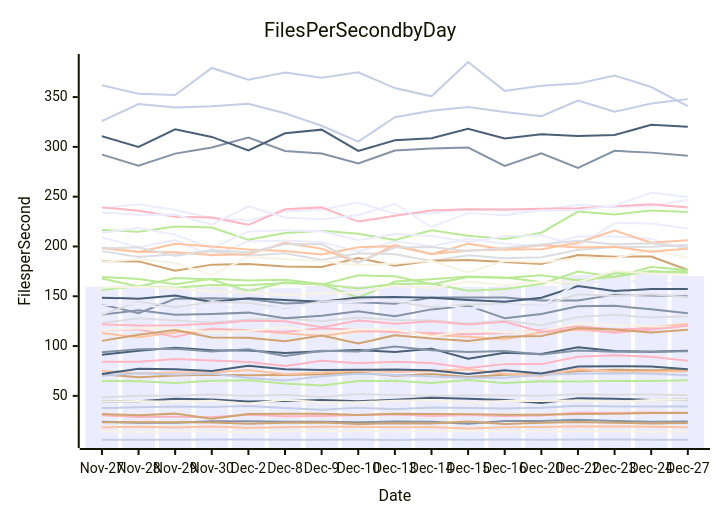
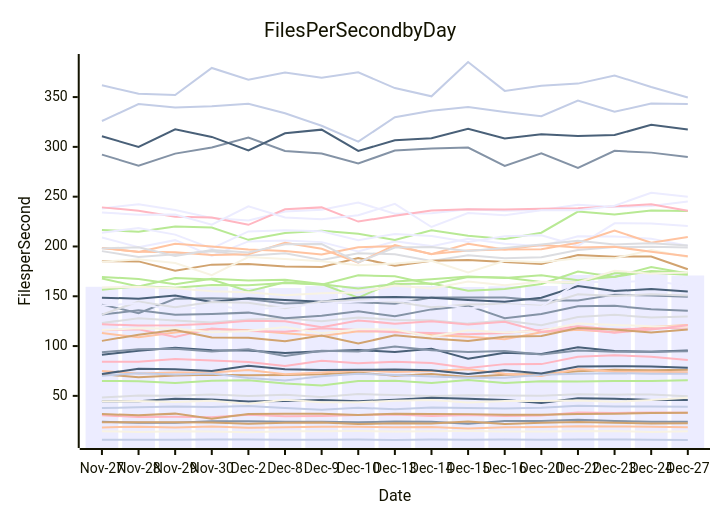
Before and after one commit to streetsidesoftware/cspell: the diagram in perf-report.md, drawn with Mermaid. The commit also changed other lines of this file and 1 other file, not shown here.

````diff
--- a/perf-report.md
+++ b/perf-report.md
@@ -11,57 +11,57 @@
 ```mermaid
 xychart-beta
     title Files Per Second by Day
     y-axis Files per Second
     x-axis Date [Nov-27, Nov-28, Nov-29, Nov-30, Dec-2, Dec-8, Dec-9, Dec-10, Dec-13, Dec-14, Dec-15, Dec-16, Dec-20, Dec-22, Dec-23, Dec-24, Dec-27]
-    bar [159.51, 160.85, 158.58, 159.25, 158.41, 158.24, 160.26, 160.13, 162.46, 160.30, 159.32, 159.99, 160.32, 171.41, 173.30, 173.54, 170.31]
-    line [24.00, 22.97, 23.09, 24.60, 24.46, 23.99, 23.97, 23.56, 24.27, 23.97, 21.89, 24.77, 24.75, 25.98, 24.78, 24.02, 24.36]
-    line [113.07, 108.78, 113.61, 117.05, 115.87, 112.86, 110.11, 114.79, 114.58, 111.22, 109.33, 106.79, 113.91, 116.30, 113.89, 119.27, 122.17]
-    line [48.42, 50.26, 50.21, 51.36, 49.95, 51.18, 48.94, 51.93, 50.78, 49.91, 50.66, 50.34, 50.02, 51.61, 51.21, 51.38, 50.63]
-    line [64.96, 64.67, 62.90, 65.22, 65.65, 62.39, 60.36, 64.84, 65.11, 62.93, 65.98, 63.02, 64.70, 64.39, 64.92, 64.92, 65.70]
-    line [23.51, 23.57, 23.50, 23.32, 21.90, 22.93, 23.26, 21.71, 22.48, 22.26, 24.16, 21.86, 22.99, 23.86, 22.95, 22.15, 22.72]
-    line [6.03, 5.90, 6.01, 6.16, 6.12, 6.00, 6.03, 6.11, 5.69, 6.12, 5.85, 6.27, 5.94, 6.19, 6.23, 6.06, 5.90]
-    line [115.76, 116.91, 109.21, 117.71, 115.04, 114.43, 117.93, 116.17, 113.85, 113.19, 111.86, 113.23, 116.22, 119.95, 116.76, 117.75, 119.66]
-    line [44.62, 44.61, 47.22, 46.33, 44.42, 44.87, 45.90, 44.67, 46.00, 48.05, 47.07, 45.85, 42.75, 47.52, 47.21, 45.81, 46.16]
-    line [116.19, 117.82, 117.56, 113.82, 115.04, 119.17, 112.82, 116.99, 116.61, 109.61, 115.93, 113.66, 115.36, 122.68, 121.26, 119.81, 118.83]
-    line [238.24, 242.33, 236.55, 228.65, 226.03, 235.13, 236.77, 244.11, 232.83, 233.41, 237.39, 235.87, 236.73, 241.85, 239.59, 240.67, 246.92]
-    line [141.63, 133.10, 147.45, 147.90, 147.19, 142.70, 144.08, 143.97, 142.44, 148.72, 148.74, 148.66, 145.81, 145.83, 151.65, 150.82, 149.94]
-    line [18.32, 19.02, 18.13, 19.36, 18.09, 18.49, 18.92, 19.04, 18.41, 18.71, 17.35, 18.44, 18.66, 19.39, 19.24, 18.95, 18.52]
-    line [123.12, 128.04, 125.68, 123.73, 126.68, 128.02, 124.91, 128.75, 126.25, 125.99, 122.54, 125.77, 120.95, 129.07, 131.35, 128.71, 129.92]
-    line [169.37, 167.40, 162.13, 167.55, 165.94, 166.49, 162.27, 148.64, 164.74, 167.10, 169.90, 168.25, 171.20, 165.98, 169.49, 175.43, 173.28]
-    line [71.80, 68.80, 70.33, 71.28, 70.66, 70.99, 71.64, 73.38, 70.10, 71.99, 68.96, 71.11, 72.00, 74.62, 76.21, 75.66, 75.95]
-    line [325.97, 342.99, 339.55, 340.91, 343.35, 333.69, 321.17, 305.21, 329.78, 336.28, 339.96, 335.03, 330.81, 346.52, 335.23, 343.48, 347.95]
-    line [121.82, 120.62, 120.89, 122.51, 125.41, 124.96, 118.90, 125.77, 122.50, 124.97, 121.63, 124.44, 114.40, 117.66, 113.42, 116.57, 120.49]
-    line [91.22, 95.22, 98.38, 95.87, 95.57, 93.03, 94.71, 95.93, 94.05, 97.42, 87.40, 93.20, 92.02, 98.77, 95.06, 94.41, 95.18]
-    line [44.50, 44.73, 43.85, 45.20, 42.00, 46.02, 43.67, 43.68, 45.02, 45.75, 43.43, 44.94, 44.85, 45.35, 43.98, 45.75, 46.10]
-    line [208.99, 199.30, 206.34, 190.41, 205.06, 206.03, 204.37, 194.91, 205.14, 200.36, 207.64, 202.85, 200.31, 210.29, 210.04, 207.76, 196.15]
-    line [292.24, 281.16, 293.25, 299.40, 309.39, 295.84, 293.27, 283.38, 296.25, 298.40, 299.27, 280.90, 293.45, 278.89, 296.00, 294.23, 291.07]
-    line [74.97, 72.54, 73.38, 73.35, 76.02, 71.59, 73.55, 75.54, 73.95, 75.07, 76.77, 72.26, 69.84, 77.03, 74.27, 74.27, 74.81]
-    line [195.34, 189.35, 192.30, 195.25, 190.71, 193.15, 186.55, 193.19, 192.23, 185.43, 191.26, 188.26, 189.10, 196.56, 199.42, 199.83, 201.51]
-    line [216.64, 214.89, 220.14, 219.09, 206.67, 213.42, 215.72, 212.77, 206.57, 216.35, 210.81, 207.51, 213.81, 235.09, 232.12, 236.13, 234.57]
-    line [185.12, 185.03, 175.76, 181.77, 182.47, 179.95, 179.31, 188.38, 180.77, 185.77, 186.35, 184.33, 182.33, 191.53, 189.75, 189.98, 176.40]
-    line [70.29, 72.76, 71.50, 72.49, 68.01, 65.32, 69.78, 72.32, 70.99, 69.49, 68.20, 68.29, 71.18, 72.28, 72.81, 72.16, 70.65]
-    line [30.48, 28.76, 28.98, 28.47, 31.13, 29.50, 29.81, 30.70, 31.34, 29.78, 30.86, 29.89, 30.20, 33.22, 32.90, 33.40, 32.94]
-    line [148.61, 147.55, 150.86, 144.17, 148.12, 146.38, 144.41, 148.76, 149.26, 148.44, 146.25, 144.57, 148.51, 160.26, 155.20, 157.30, 157.27]
-    line [184.73, 187.07, 183.30, 171.17, 189.43, 187.46, 185.27, 181.05, 182.93, 185.74, 173.94, 185.68, 184.19, 188.28, 188.11, 196.54, 188.73]
-    line [213.89, 218.50, 211.90, 198.01, 215.07, 216.21, 215.29, 206.31, 212.61, 210.51, 204.56, 210.18, 211.34, 200.66, 223.22, 223.16, 217.77]
-    line [131.60, 135.88, 131.34, 132.15, 133.58, 127.82, 130.48, 134.87, 129.94, 136.83, 140.59, 128.00, 132.13, 140.04, 140.36, 136.98, 132.94]
-    line [198.52, 194.49, 202.79, 200.07, 197.01, 195.46, 191.88, 199.25, 200.18, 192.55, 195.85, 196.96, 197.31, 203.68, 215.88, 203.82, 206.22]
-    line [131.52, 144.79, 139.07, 144.20, 143.55, 138.09, 144.82, 146.07, 144.49, 139.02, 141.78, 142.36, 140.50, 151.95, 150.33, 152.02, 149.02]
-    line [167.76, 159.74, 168.29, 166.84, 155.06, 164.08, 161.66, 171.02, 169.99, 161.97, 169.28, 168.79, 164.45, 163.90, 173.08, 173.52, 175.70]
-    line [31.68, 30.55, 32.17, 27.01, 31.76, 31.99, 31.99, 30.84, 32.08, 31.89, 31.67, 31.01, 31.00, 31.79, 31.95, 32.72, 32.89]
-    line [37.74, 38.63, 39.45, 38.80, 39.93, 37.87, 36.13, 38.10, 36.47, 38.38, 37.81, 37.32, 38.13, 39.99, 39.24, 39.22, 39.21]
-    line [239.26, 235.89, 229.81, 229.18, 221.75, 237.38, 239.25, 224.99, 230.85, 236.16, 237.46, 237.06, 237.81, 238.36, 240.26, 242.42, 239.06]
-    line [72.02, 77.23, 76.76, 75.06, 80.27, 76.65, 75.94, 76.12, 76.57, 75.62, 71.86, 75.70, 72.52, 79.52, 79.75, 79.57, 76.73]
-    line [14.49, 13.79, 14.45, 14.21, 13.55, 14.37, 14.53, 14.61, 14.25, 14.42, 14.66, 14.20, 14.14, 14.58, 14.66, 13.81, 14.15]
-    line [234.04, 231.90, 232.03, 221.81, 240.23, 229.14, 227.27, 231.37, 242.80, 219.56, 233.62, 231.32, 236.32, 236.26, 240.94, 253.96, 249.59]
-    line [93.91, 96.71, 97.20, 94.57, 96.80, 90.09, 95.39, 94.62, 99.56, 95.79, 93.99, 95.03, 91.66, 95.50, 94.32, 94.29, 94.88]
-    line [198.49, 194.68, 194.09, 191.43, 192.21, 203.69, 197.75, 183.65, 201.42, 192.31, 202.71, 196.90, 201.49, 199.06, 199.67, 194.62, 198.03]
-    line [198.09, 199.18, 190.53, 196.53, 193.86, 202.32, 202.37, 184.12, 199.02, 199.50, 195.58, 198.56, 202.04, 205.76, 202.04, 203.32, 199.23]
-    line [156.54, 160.15, 158.52, 161.43, 161.03, 163.37, 162.01, 157.69, 162.41, 162.92, 155.61, 157.24, 162.25, 174.81, 169.46, 179.44, 176.39]
-    line [105.21, 111.47, 116.12, 108.62, 108.44, 104.81, 110.68, 102.65, 110.81, 107.51, 105.11, 109.29, 110.23, 118.20, 116.66, 113.51, 116.41]
-    line [361.78, 353.39, 352.03, 379.23, 367.49, 374.69, 369.34, 374.83, 359.05, 350.76, 385.22, 356.23, 361.41, 363.52, 371.74, 360.07, 340.89]
-    line [84.38, 84.35, 87.05, 85.49, 84.05, 80.02, 85.30, 82.71, 84.32, 82.91, 77.95, 81.87, 81.89, 89.30, 90.84, 89.17, 85.21]
-    line [310.59, 299.95, 317.57, 310.02, 296.47, 313.58, 317.30, 295.96, 306.54, 308.67, 318.29, 308.47, 312.68, 311.01, 311.87, 322.19, 320.23]
-    line [158.69, 159.56, 158.17, 155.13, 153.99, 150.95, 152.99, 153.72, 160.91, 157.90, 164.74, 161.04, 164.69, 164.20, 175.57, 172.74, 171.66]
-    line [140.67, 142.96, 135.37, 140.89, 136.51, 139.19, 142.56, 144.70, 146.06, 142.91, 137.61, 141.27, 139.39, 164.22, 164.25, 165.65, 160.20]
+    bar [159.51, 160.85, 158.58, 159.25, 158.41, 158.24, 160.26, 160.13, 162.46, 160.30, 159.32, 159.99, 160.32, 171.41, 173.30, 173.54, 170.88]
+    line [24.00, 22.97, 23.09, 24.60, 24.46, 23.99, 23.97, 23.56, 24.27, 23.97, 21.89, 24.77, 24.75, 25.98, 24.78, 24.02, 24.07]
+    line [113.07, 108.78, 113.61, 117.05, 115.87, 112.86, 110.11, 114.79, 114.58, 111.22, 109.33, 106.79, 113.91, 116.30, 113.89, 119.27, 121.25]
+    line [48.42, 50.26, 50.21, 51.36, 49.95, 51.18, 48.94, 51.93, 50.78, 49.91, 50.66, 50.34, 50.02, 51.61, 51.21, 51.38, 49.64]
+    line [64.96, 64.67, 62.90, 65.22, 65.65, 62.39, 60.36, 64.84, 65.11, 62.93, 65.98, 63.02, 64.70, 64.39, 64.92, 64.92, 65.76]
+    line [23.51, 23.57, 23.50, 23.32, 21.90, 22.93, 23.26, 21.71, 22.48, 22.26, 24.16, 21.86, 22.99, 23.86, 22.95, 22.15, 22.59]
+    line [6.03, 5.90, 6.01, 6.16, 6.12, 6.00, 6.03, 6.11, 5.69, 6.12, 5.85, 6.27, 5.94, 6.19, 6.23, 6.06, 5.80]
+    line [115.76, 116.91, 109.21, 117.71, 115.04, 114.43, 117.93, 116.17, 113.85, 113.19, 111.86, 113.23, 116.22, 119.95, 116.76, 117.75, 118.71]
+    line [44.62, 44.61, 47.22, 46.33, 44.42, 44.87, 45.90, 44.67, 46.00, 48.05, 47.07, 45.85, 42.75, 47.52, 47.21, 45.81, 45.88]
+    line [116.19, 117.82, 117.56, 113.82, 115.04, 119.17, 112.82, 116.99, 116.61, 109.61, 115.93, 113.66, 115.36, 122.68, 121.26, 119.81, 119.36]
+    line [238.24, 242.33, 236.55, 228.65, 226.03, 235.13, 236.77, 244.11, 232.83, 233.41, 237.39, 235.87, 236.73, 241.85, 239.59, 240.67, 245.15]
+    line [141.63, 133.10, 147.45, 147.90, 147.19, 142.70, 144.08, 143.97, 142.44, 148.72, 148.74, 148.66, 145.81, 145.83, 151.65, 150.82, 149.41]
+    line [18.32, 19.02, 18.13, 19.36, 18.09, 18.49, 18.92, 19.04, 18.41, 18.71, 17.35, 18.44, 18.66, 19.39, 19.24, 18.95, 18.61]
+    line [123.12, 128.04, 125.68, 123.73, 126.68, 128.02, 124.91, 128.75, 126.25, 125.99, 122.54, 125.77, 120.95, 129.07, 131.35, 128.71, 129.73]
+    line [169.37, 167.40, 162.13, 167.55, 165.94, 166.49, 162.27, 148.64, 164.74, 167.10, 169.90, 168.25, 171.20, 165.98, 169.49, 175.43, 173.51]
+    line [71.80, 68.80, 70.33, 71.28, 70.66, 70.99, 71.64, 73.38, 70.10, 71.99, 68.96, 71.11, 72.00, 74.62, 76.21, 75.66, 76.28]
+    line [325.97, 342.99, 339.55, 340.91, 343.35, 333.69, 321.17, 305.21, 329.78, 336.28, 339.96, 335.03, 330.81, 346.52, 335.23, 343.48, 342.97]
+    line [121.82, 120.62, 120.89, 122.51, 125.41, 124.96, 118.90, 125.77, 122.50, 124.97, 121.63, 124.44, 114.40, 117.66, 113.42, 116.57, 120.86]
+    line [91.22, 95.22, 98.38, 95.87, 95.57, 93.03, 94.71, 95.93, 94.05, 97.42, 87.40, 93.20, 92.02, 98.77, 95.06, 94.41, 95.55]
+    line [44.50, 44.73, 43.85, 45.20, 42.00, 46.02, 43.67, 43.68, 45.02, 45.75, 43.43, 44.94, 44.85, 45.35, 43.98, 45.75, 48.03]
+    line [208.99, 199.30, 206.34, 190.41, 205.06, 206.03, 204.37, 194.91, 205.14, 200.36, 207.64, 202.85, 200.31, 210.29, 210.04, 207.76, 200.78]
+    line [292.24, 281.16, 293.25, 299.40, 309.39, 295.84, 293.27, 283.38, 296.25, 298.40, 299.27, 280.90, 293.45, 278.89, 296.00, 294.23, 289.77]
+    line [74.97, 72.54, 73.38, 73.35, 76.02, 71.59, 73.55, 75.54, 73.95, 75.07, 76.77, 72.26, 69.84, 77.03, 74.27, 74.27, 73.83]
+    line [195.34, 189.35, 192.30, 195.25, 190.71, 193.15, 186.55, 193.19, 192.23, 185.43, 191.26, 188.26, 189.10, 196.56, 199.42, 199.83, 198.90]
+    line [216.64, 214.89, 220.14, 219.09, 206.67, 213.42, 215.72, 212.77, 206.57, 216.35, 210.81, 207.51, 213.81, 235.09, 232.12, 236.13, 235.71]
+    line [185.12, 185.03, 175.76, 181.77, 182.47, 179.95, 179.31, 188.38, 180.77, 185.77, 186.35, 184.33, 182.33, 191.53, 189.75, 189.98, 177.07]
+    line [70.29, 72.76, 71.50, 72.49, 68.01, 65.32, 69.78, 72.32, 70.99, 69.49, 68.20, 68.29, 71.18, 72.28, 72.81, 72.16, 72.22]
+    line [30.48, 28.76, 28.98, 28.47, 31.13, 29.50, 29.81, 30.70, 31.34, 29.78, 30.86, 29.89, 30.20, 33.22, 32.90, 33.40, 32.96]
+    line [148.61, 147.55, 150.86, 144.17, 148.12, 146.38, 144.41, 148.76, 149.26, 148.44, 146.25, 144.57, 148.51, 160.26, 155.20, 157.30, 154.76]
+    line [184.73, 187.07, 183.30, 171.17, 189.43, 187.46, 185.27, 181.05, 182.93, 185.74, 173.94, 185.68, 184.19, 188.28, 188.11, 196.54, 189.53]
+    line [213.89, 218.50, 211.90, 198.01, 215.07, 216.21, 215.29, 206.31, 212.61, 210.51, 204.56, 210.18, 211.34, 200.66, 223.22, 223.16, 220.54]
+    line [131.60, 135.88, 131.34, 132.15, 133.58, 127.82, 130.48, 134.87, 129.94, 136.83, 140.59, 128.00, 132.13, 140.04, 140.36, 136.98, 135.57]
+    line [198.52, 194.49, 202.79, 200.07, 197.01, 195.46, 191.88, 199.25, 200.18, 192.55, 195.85, 196.96, 197.31, 203.68, 215.88, 203.82, 209.47]
+    line [131.52, 144.79, 139.07, 144.20, 143.55, 138.09, 144.82, 146.07, 144.49, 139.02, 141.78, 142.36, 140.50, 151.95, 150.33, 152.02, 150.72]
+    line [167.76, 159.74, 168.29, 166.84, 155.06, 164.08, 161.66, 171.02, 169.99, 161.97, 169.28, 168.79, 164.45, 163.90, 173.08, 173.52, 171.67]
+    line [31.68, 30.55, 32.17, 27.01, 31.76, 31.99, 31.99, 30.84, 32.08, 31.89, 31.67, 31.01, 31.00, 31.79, 31.95, 32.72, 33.00]
+    line [37.74, 38.63, 39.45, 38.80, 39.93, 37.87, 36.13, 38.10, 36.47, 38.38, 37.81, 37.32, 38.13, 39.99, 39.24, 39.22, 39.13]
+    line [239.26, 235.89, 229.81, 229.18, 221.75, 237.38, 239.25, 224.99, 230.85, 236.16, 237.46, 237.06, 237.81, 238.36, 240.26, 242.42, 235.97]
+    line [72.02, 77.23, 76.76, 75.06, 80.27, 76.65, 75.94, 76.12, 76.57, 75.62, 71.86, 75.70, 72.52, 79.52, 79.75, 79.57, 78.19]
+    line [14.49, 13.79, 14.45, 14.21, 13.55, 14.37, 14.53, 14.61, 14.25, 14.42, 14.66, 14.20, 14.14, 14.58, 14.66, 13.81, 14.51]
+    line [234.04, 231.90, 232.03, 221.81, 240.23, 229.14, 227.27, 231.37, 242.80, 219.56, 233.62, 231.32, 236.32, 236.26, 240.94, 253.96, 249.85]
+    line [93.91, 96.71, 97.20, 94.57, 96.80, 90.09, 95.39, 94.62, 99.56, 95.79, 93.99, 95.03, 91.66, 95.50, 94.32, 94.29, 94.73]
+    line [198.49, 194.68, 194.09, 191.43, 192.21, 203.69, 197.75, 183.65, 201.42, 192.31, 202.71, 196.90, 201.49, 199.06, 199.67, 194.62, 190.28]
+    line [198.09, 199.18, 190.53, 196.53, 193.86, 202.32, 202.37, 184.12, 199.02, 199.50, 195.58, 198.56, 202.04, 205.76, 202.04, 203.32, 201.04]
+    line [156.54, 160.15, 158.52, 161.43, 161.03, 163.37, 162.01, 157.69, 162.41, 162.92, 155.61, 157.24, 162.25, 174.81, 169.46, 179.44, 172.82]
+    line [105.21, 111.47, 116.12, 108.62, 108.44, 104.81, 110.68, 102.65, 110.81, 107.51, 105.11, 109.29, 110.23, 118.20, 116.66, 113.51, 116.56]
+    line [361.78, 353.39, 352.03, 379.23, 367.49, 374.69, 369.34, 374.83, 359.05, 350.76, 385.22, 356.23, 361.41, 363.52, 371.74, 360.07, 349.58]
+    line [84.38, 84.35, 87.05, 85.49, 84.05, 80.02, 85.30, 82.71, 84.32, 82.91, 77.95, 81.87, 81.89, 89.30, 90.84, 89.17, 86.07]
+    line [310.59, 299.95, 317.57, 310.02, 296.47, 313.58, 317.30, 295.96, 306.54, 308.67, 318.29, 308.47, 312.68, 311.01, 311.87, 322.19, 317.56]
+    line [158.69, 159.56, 158.17, 155.13, 153.99, 150.95, 152.99, 153.72, 160.91, 157.90, 164.74, 161.04, 164.69, 164.20, 175.57, 172.74, 173.87]
+    line [140.67, 142.96, 135.37, 140.89, 136.51, 139.19, 142.56, 144.70, 146.06, 142.91, 137.61, 141.27, 139.39, 164.22, 164.25, 165.65, 160.55]
 ```
````
